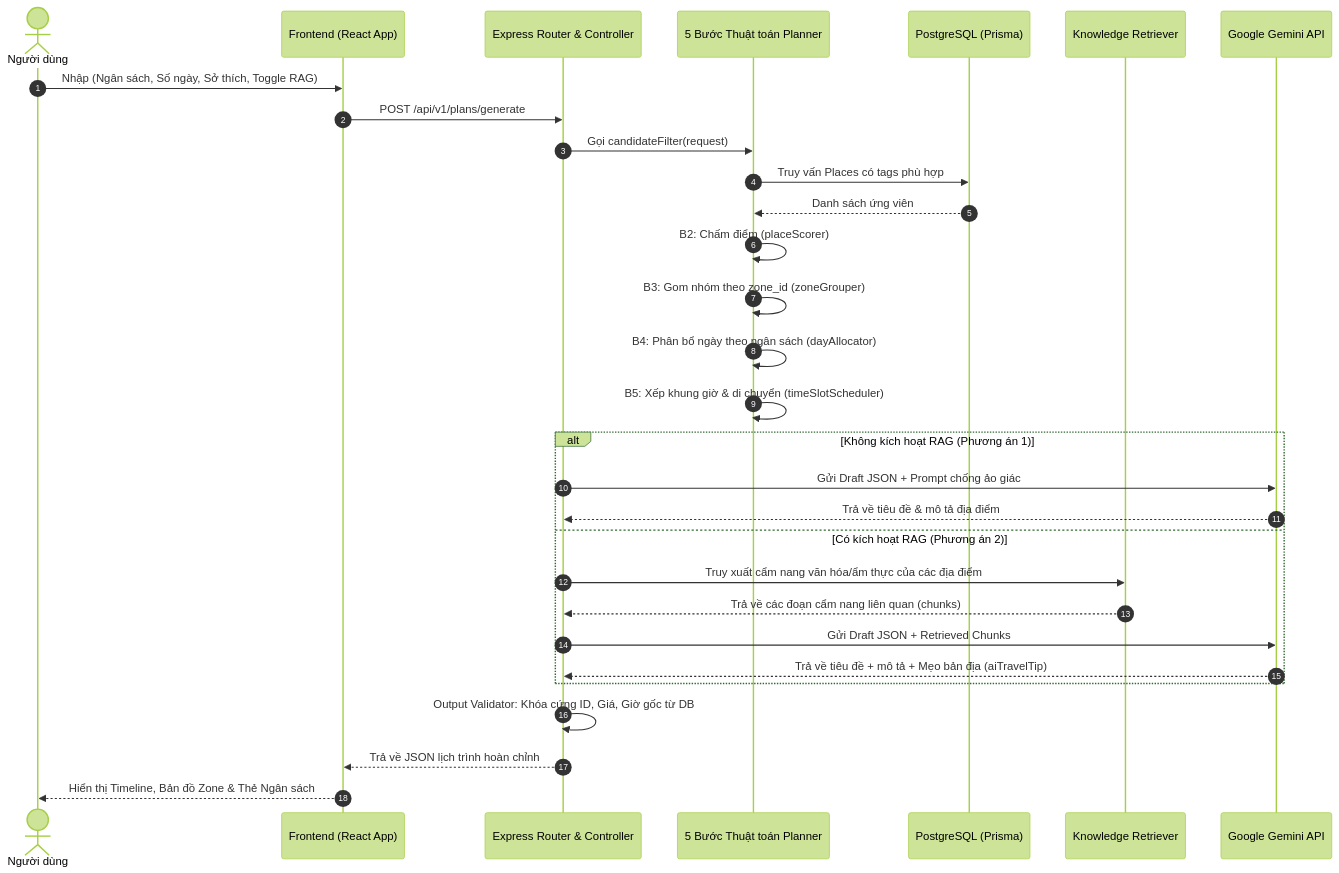
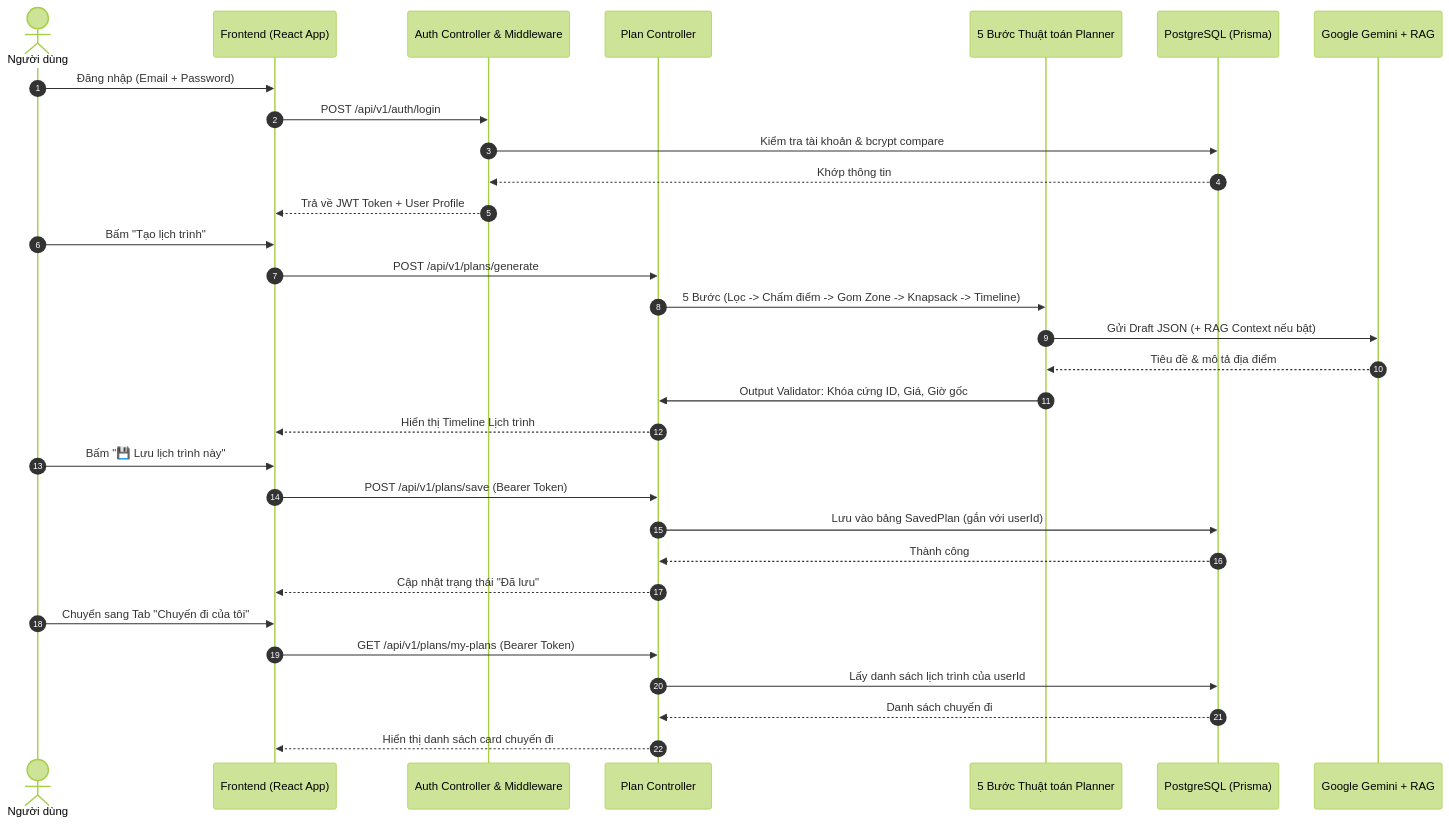
One commit to kastnew/GEOZONE changed the diagram in HUONG_DAN_LAM_VIEC_CODEBASE.md. Above: the diagram before and after it, drawn with Mermaid (forest theme). The commit also changed other lines of this file and 22 other files, not shown here.

Commit message:
feat: add user authentication and saved plans management modules

````diff
--- a/HUONG_DAN_LAM_VIEC_CODEBASE.md
+++ b/HUONG_DAN_LAM_VIEC_CODEBASE.md
@@ -11,35 +11,41 @@
 ```mermaid
 sequenceDiagram
     autonumber
     actor User as Người dùng
     participant FE as Frontend (React App)
-    participant API as Express Router & Controller
+    participant Auth as Auth Controller & Middleware
+    participant API as Plan Controller
     participant Planner as 5 Bước Thuật toán Planner
     participant DB as PostgreSQL (Prisma)
-    participant RAG as Knowledge Retriever
-    participant LLM as Google Gemini API
+    participant LLM as Google Gemini + RAG
 
-    User->>FE: Nhập (Ngân sách, Số ngày, Sở thích, Toggle RAG)
+    %% Đăng nhập / Đăng ký
+    User->>FE: Đăng nhập (Email + Password)
+    FE->>Auth: POST /api/v1/auth/login
+    Auth->>DB: Kiểm tra tài khoản & bcrypt compare
+    DB-->>Auth: Khớp thông tin
+    Auth-->>FE: Trả về JWT Token + User Profile
+
+    %% Tạo lịch trình
+    User->>FE: Bấm "Tạo lịch trình"
     FE->>API: POST /api/v1/plans/generate
-    API->>Planner: Gọi candidateFilter(request)
-    Planner->>DB: Truy vấn Places có tags phù hợp
-    DB-->>Planner: Danh sách ứng viên
-    Planner->>Planner: B2: Chấm điểm (placeScorer)
-    Planner->>Planner: B3: Gom nhóm theo zone_id (zoneGrouper)
-    Planner->>Planner: B4: Phân bổ ngày theo ngân sách (dayAllocator)
-    Planner->>Planner: B5: Xếp khung giờ & di chuyển (timeSlotScheduler)
-    
-    alt Không kích hoạt RAG (Phương án 1)
-        API->>LLM: Gửi Draft JSON + Prompt chống ảo giác
-        LLM-->>API: Trả về tiêu đề & mô tả địa điểm
-    else Có kích hoạt RAG (Phương án 2)
-        API->>RAG: Truy xuất cẩm nang văn hóa/ẩm thực của các địa điểm
-        RAG-->>API: Trả về các đoạn cẩm nang liên quan (chunks)
-        API->>LLM: Gửi Draft JSON + Retrieved Chunks
-        LLM-->>API: Trả về tiêu đề + mô tả + Mẹo bản địa (aiTravelTip)
-    end
+    API->>Planner: 5 Bước (Lọc -> Chấm điểm -> Gom Zone -> Knapsack -> Timeline)
+    Planner->>LLM: Gửi Draft JSON (+ RAG Context nếu bật)
+    LLM-->>Planner: Tiêu đề & mô tả địa điểm
+    Planner->>API: Output Validator: Khóa cứng ID, Giá, Giờ gốc
+    API-->>FE: Hiển thị Timeline Lịch trình
 
-    API->>API: Output Validator: Khóa cứng ID, Giá, Giờ gốc từ DB
-    API-->>FE: Trả về JSON lịch trình hoàn chỉnh
-    FE-->>User: Hiển thị Timeline, Bản đồ Zone & Thẻ Ngân sách
+    %% Lưu lịch trình
+    User->>FE: Bấm "💾 Lưu lịch trình này"
+    FE->>API: POST /api/v1/plans/save (Bearer Token)
+    API->>DB: Lưu vào bảng SavedPlan (gắn với userId)
+    DB-->>API: Thành công
+    API-->>FE: Cập nhật trạng thái "Đã lưu"
+
+    %% Xem chuyến đi của tôi
+    User->>FE: Chuyển sang Tab "Chuyến đi của tôi"
+    FE->>API: GET /api/v1/plans/my-plans (Bearer Token)
+    API->>DB: Lấy danh sách lịch trình của userId
+    DB-->>API: Danh sách chuyến đi
+    API-->>FE: Hiển thị danh sách card chuyến đi
 ```
````
